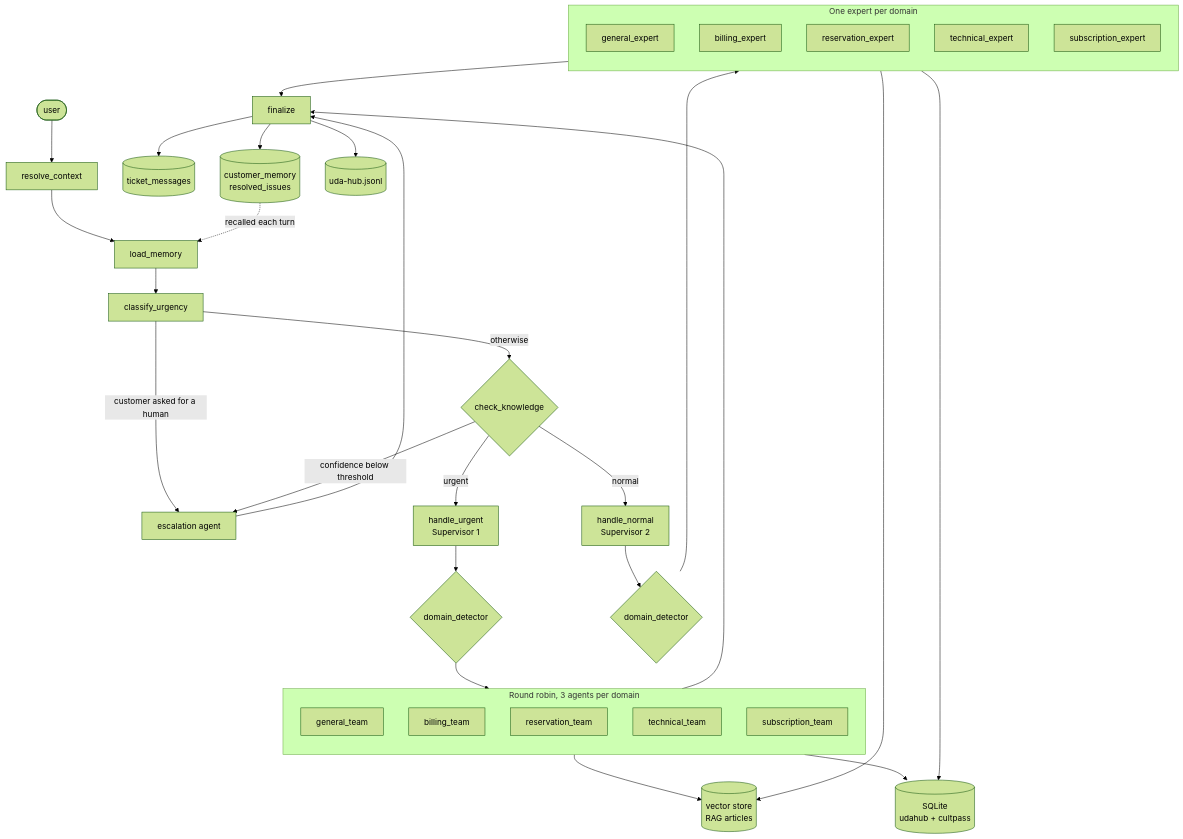
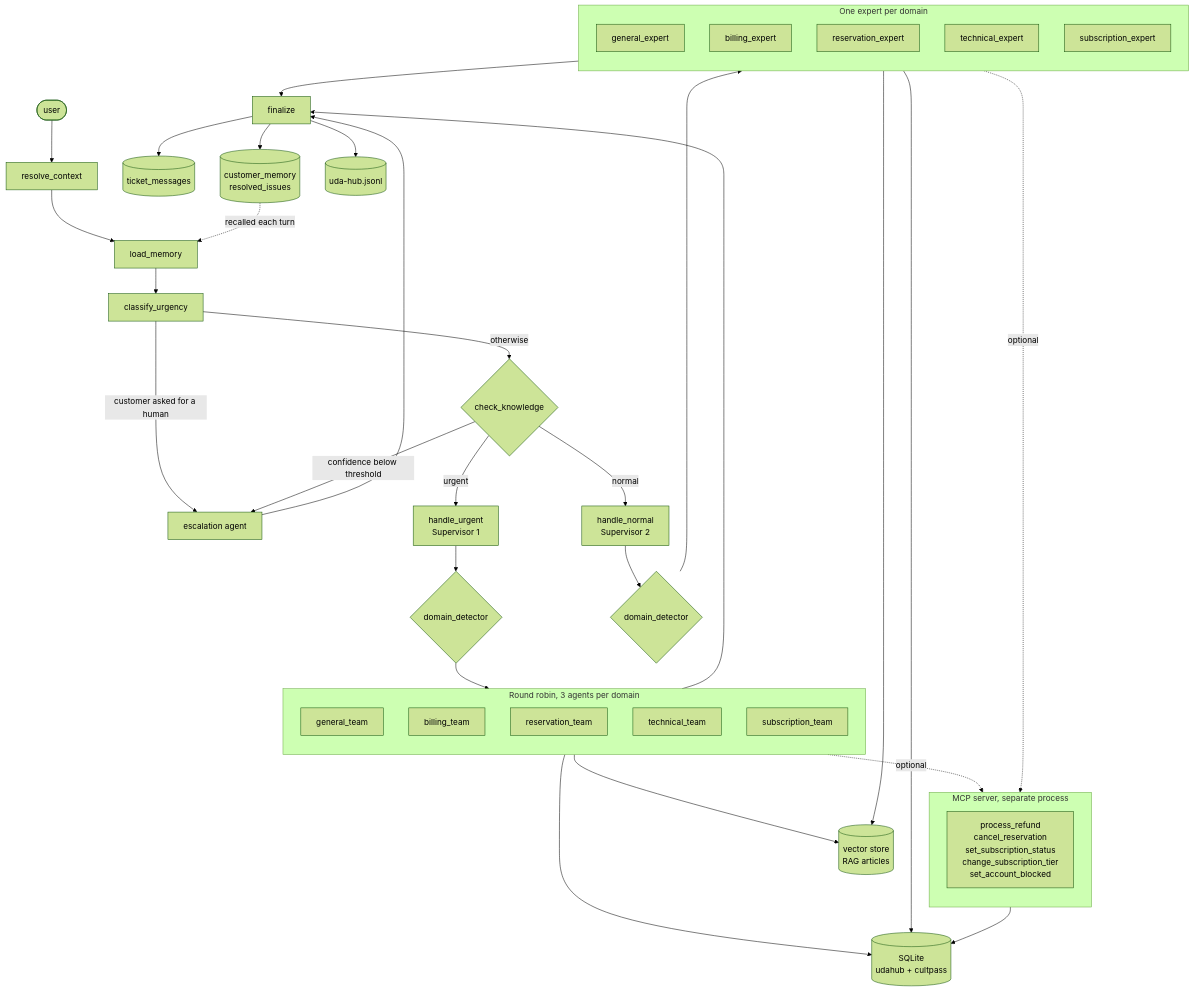
One commit to rishikeshF/customer_support_agent changed the diagram in solution/agentic/design/architecture.md. Above: the diagram before and after it, drawn with Mermaid (forest theme). The commit also changed other lines of this file and 24 other files, not shown here.

````diff
--- a/solution/agentic/design/architecture.md
+++ b/solution/agentic/design/architecture.md
@@ -8,50 +12,58 @@
 ```mermaid
 flowchart TD
     User([user]) --> Ctx[resolve_context]
     Ctx --> Mem[load_memory]
     Mem --> Classifier[classify_urgency]
 
     Classifier -->|customer asked for a human| Escalation[escalation agent]
     Classifier -->|otherwise| Know{check_knowledge}
 
     Know -->|confidence below threshold| Escalation
     Know -->|urgent| Supervisor1[handle_urgent<br/>Supervisor 1]
     Know -->|normal| Supervisor2[handle_normal<br/>Supervisor 2]
 
     Supervisor1 --> Domain1{domain_detector}
     Supervisor2 --> Domain2{domain_detector}
 
     Domain1 --> RR
     subgraph RR["Round robin, 3 agents per domain"]
         direction TB
         g[general_team]
         b[billing_team]
         r[reservation_team]
         t[technical_team]
         s[subscription_team]
     end
 
     Domain2 --> Experts
     subgraph Experts["One expert per domain"]
         direction TB
         ge[general_expert]
         be[billing_expert]
         re[reservation_expert]
         te[technical_expert]
         se[subscription_expert]
     end
 
     RR --> VectorDB[(vector store<br/>RAG articles)]
     RR --> SQLiteDB[(SQLite<br/>udahub + cultpass)]
     Experts --> VectorDB
     Experts --> SQLiteDB
 
+    RR -.optional.-> MCP
+    Experts -.optional.-> MCP
+    subgraph MCP["MCP server, separate process"]
+        direction TB
+        ops[process_refund<br/>cancel_reservation<br/>set_subscription_status<br/>change_subscription_tier<br/>set_account_blocked]
+    end
+    MCP --> SQLiteDB
+
     RR --> Final[finalize]
     Experts --> Final
     Escalation --> Final
 
     Final --> Ticket[(ticket_messages)]
     Final --> LTM[(customer_memory<br/>resolved_issues)]
     Final --> Log[(uda-hub.jsonl)]
     LTM -.recalled each turn.-> Mem
 ```
````
